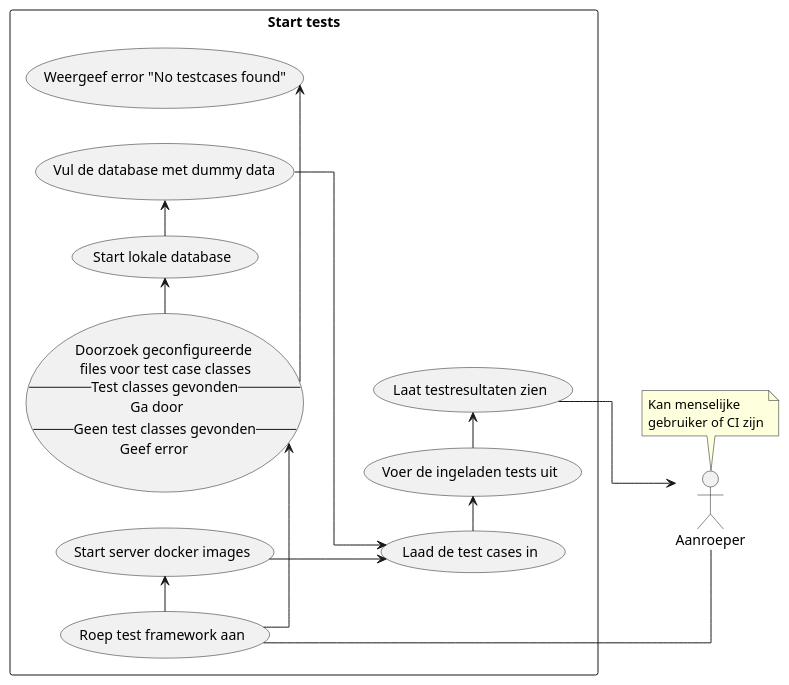
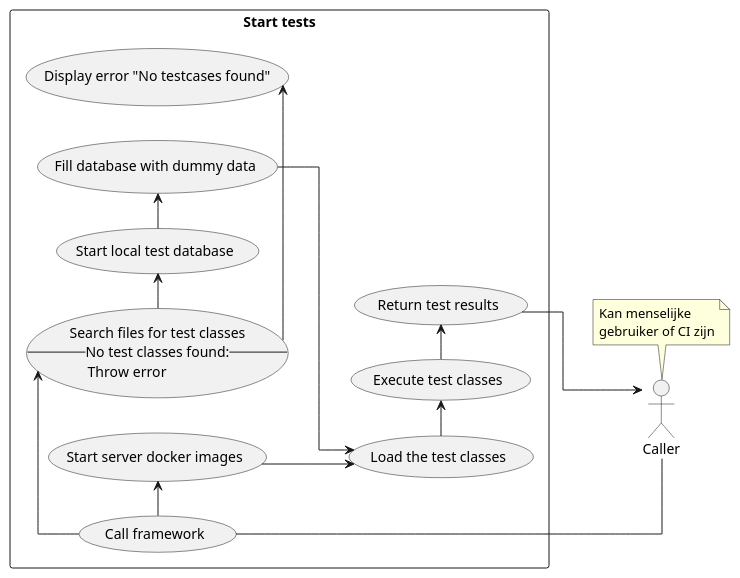
The diagram in Scenarios/StartTests.plantuml (dannypas00/bouw7-uml), drawn with PlantUML before and after one commit. The commit also changed 18 other files, not shown here.

```diff
--- a/Scenarios/StartTests.plantuml
+++ b/Scenarios/StartTests.plantuml
@@ -1,39 +1,36 @@
 @startuml usecase
 left to right direction
 skinparam linetype ortho
 
-actor caller as "Aanroeper"
+actor caller as "Caller"
 
 note top of caller: Kan menselijke\ngebruiker of CI zijn
 
 rectangle "Start tests" {
-    usecase start as "Roep test framework aan"
-    usecase search as "Doorzoek geconfigureerde \nfiles voor test case classes
-    --Test classes gevonden--
-              Ga door
-    --Geen test classes gevonden--
-                Geef error
-    "
-    usecase db as "Start lokale database"
-    usecase init as "Vul de database met dummy data"
+    usecase start as "Call framework"
+    usecase search as "Search files for test classes
+    --No test classes found:--
+    Throw error"
+    usecase db as "Start local test database"
+    usecase init as "Fill database with dummy data"
     usecase servers as "Start server docker images"
-    usecase load as "Laad de test cases in"
-    usecase execute as "Voer de ingeladen tests uit"
-    usecase return as "Laat testresultaten zien"
-    usecase error as "Weergeef error "No testcases found""
+    usecase load as "Load the test classes"
+    usecase execute as "Execute test classes"
+    usecase return as "Return test results"
+    usecase error as "Display error "No testcases found""
 }
 
 caller -- start
 search -> error
 
 start -> search
 search -> db
 db -> init
 start -> servers
 servers --> load
 init --> load
 load -> execute
 execute -> return
 return --> caller
 
 @enduml
```
